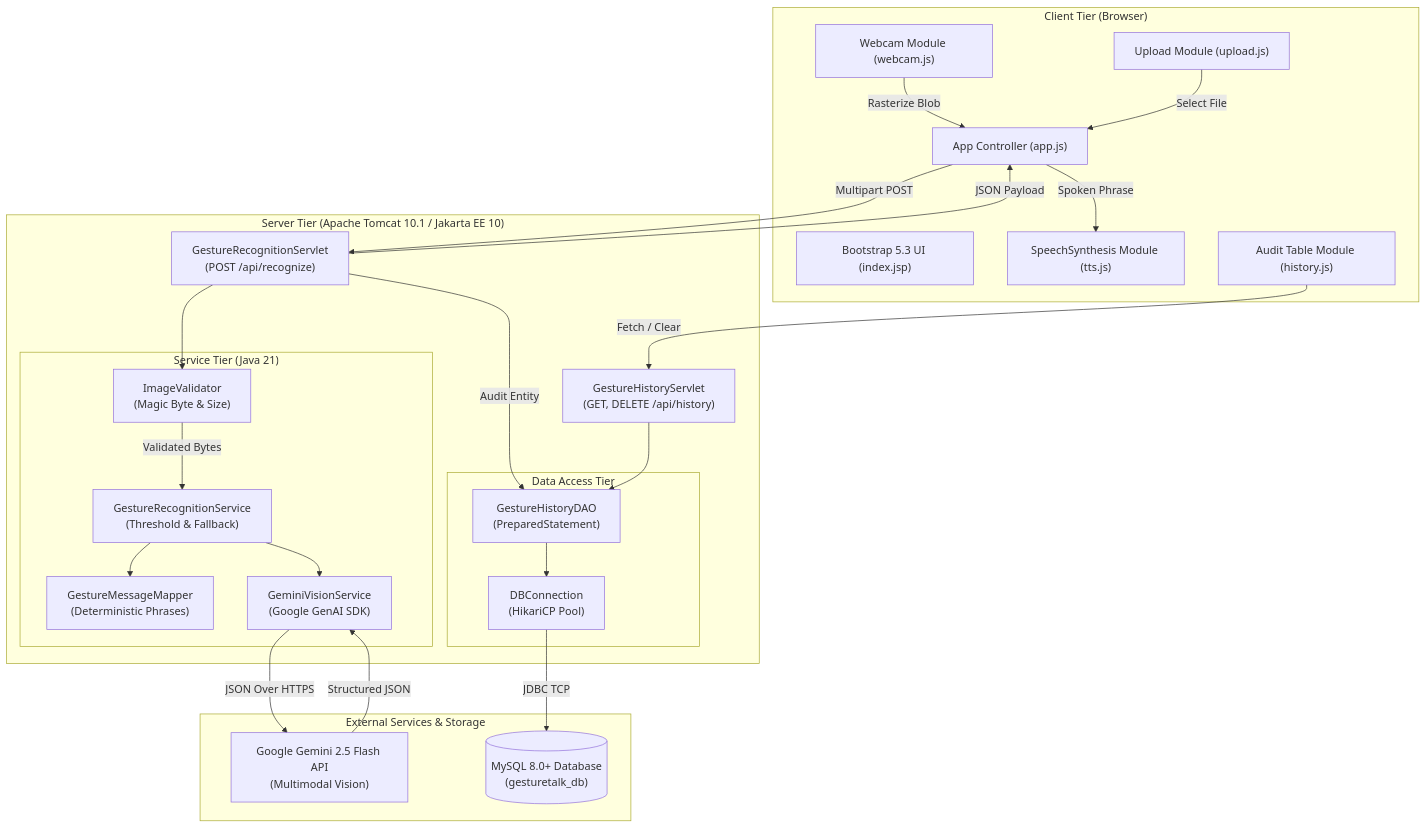
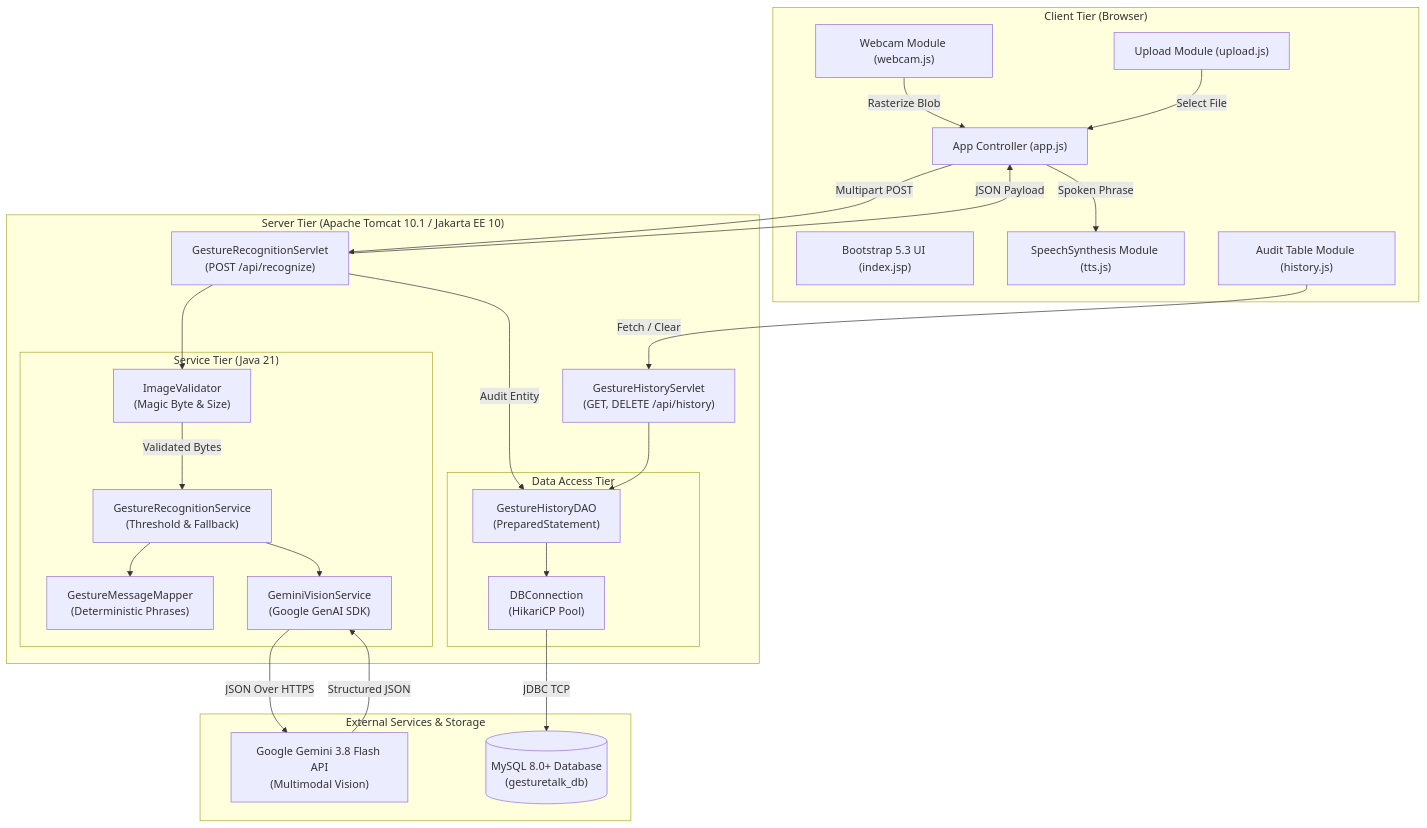
Before and after one commit to anish-kumar03/Gesture-Talk-AI: the first of 2 diagrams in docs/ARCHITECTURE.md, drawn with Mermaid. The commit also changed other lines of this file and 21 other files, not shown here.

Commit message:
gemini integration done via google SDK and application is working but it slow

````diff
--- a/docs/ARCHITECTURE.md
+++ b/docs/ARCHITECTURE.md
@@ -28,53 +28,53 @@
 ```mermaid
 flowchart TD
     subgraph Client["Client Tier (Browser)"]
         UI["Bootstrap 5.3 UI (index.jsp)"]
         CAM["Webcam Module (webcam.js)"]
         UPL["Upload Module (upload.js)"]
         TTS["SpeechSynthesis Module (tts.js)"]
         HIST["Audit Table Module (history.js)"]
         APP["App Controller (app.js)"]
     end
 
     subgraph Container["Server Tier (Apache Tomcat 10.1 / Jakarta EE 10)"]
         REC_SERV["GestureRecognitionServlet<br/>(POST /api/recognize)"]
         HIST_SERV["GestureHistoryServlet<br/>(GET, DELETE /api/history)"]
         
         subgraph Services["Service Tier (Java 21)"]
             VAL["ImageValidator<br/>(Magic Byte & Size)"]
             REC_SVC["GestureRecognitionService<br/>(Threshold & Fallback)"]
             MAP["GestureMessageMapper<br/>(Deterministic Phrases)"]
             GEMINI["GeminiVisionService<br/>(Google GenAI SDK)"]
         end
 
         subgraph DAOTier["Data Access Tier"]
             DAO["GestureHistoryDAO<br/>(PreparedStatement)"]
             POOL["DBConnection<br/>(HikariCP Pool)"]
         end
     end
 
     subgraph External["External Services & Storage"]
-        GEMINI_API["Google Gemini 2.5 Flash API<br/>(Multimodal Vision)"]
+        GEMINI_API["Google Gemini 3.8 Flash API<br/>(Multimodal Vision)"]
         MYSQL[("MySQL 8.0+ Database<br/>(gesturetalk_db)")]
     end
 
     CAM -->|Rasterize Blob| APP
     UPL -->|Select File| APP
     APP -->|Multipart POST| REC_SERV
     HIST -->|Fetch / Clear| HIST_SERV
 
     REC_SERV --> VAL
     VAL -->|Validated Bytes| REC_SVC
     REC_SVC --> GEMINI
     GEMINI -->|JSON Over HTTPS| GEMINI_API
     GEMINI_API -->|Structured JSON| GEMINI
     REC_SVC --> MAP
     REC_SERV -->|Audit Entity| DAO
     DAO --> POOL
     POOL -->|JDBC TCP| MYSQL
 
     HIST_SERV --> DAO
 
     REC_SERV -->|JSON Payload| APP
     APP -->|Spoken Phrase| TTS
 ```
````
